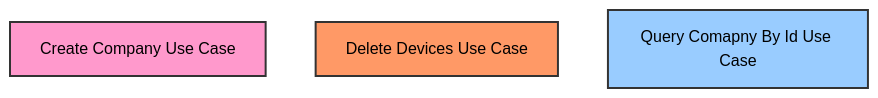
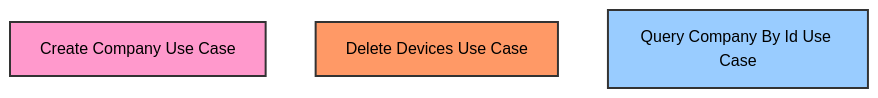
One commit to hamzajg/mood-media-kata changed the third of 4 diagrams in README.md. Above: the diagram before and after it, drawn with Mermaid (neutral theme). The commit also changed other lines of this file, not shown here.

````diff
--- a/README.md
+++ b/README.md
@@ -133,11 +129,11 @@
 ```mermaid
 graph
 
     CreateCompanyUseCase["Create Company Use Case"]
     DeleteDevicesUseCase["Delete Devices Use Case"]
-    QueryCompanyByIdUseCase["Query Comapny By Id Use Case"]
+    QueryCompanyByIdUseCase["Query Company By Id Use Case"]
 
     style CreateCompanyUseCase fill:#f9c,stroke:#333,stroke-width:2px
     style DeleteDevicesUseCase fill:#f96,stroke:#333,stroke-width:2px
     style QueryCompanyByIdUseCase fill:#9cf,stroke:#333,stroke-width:2px
 ```
````
